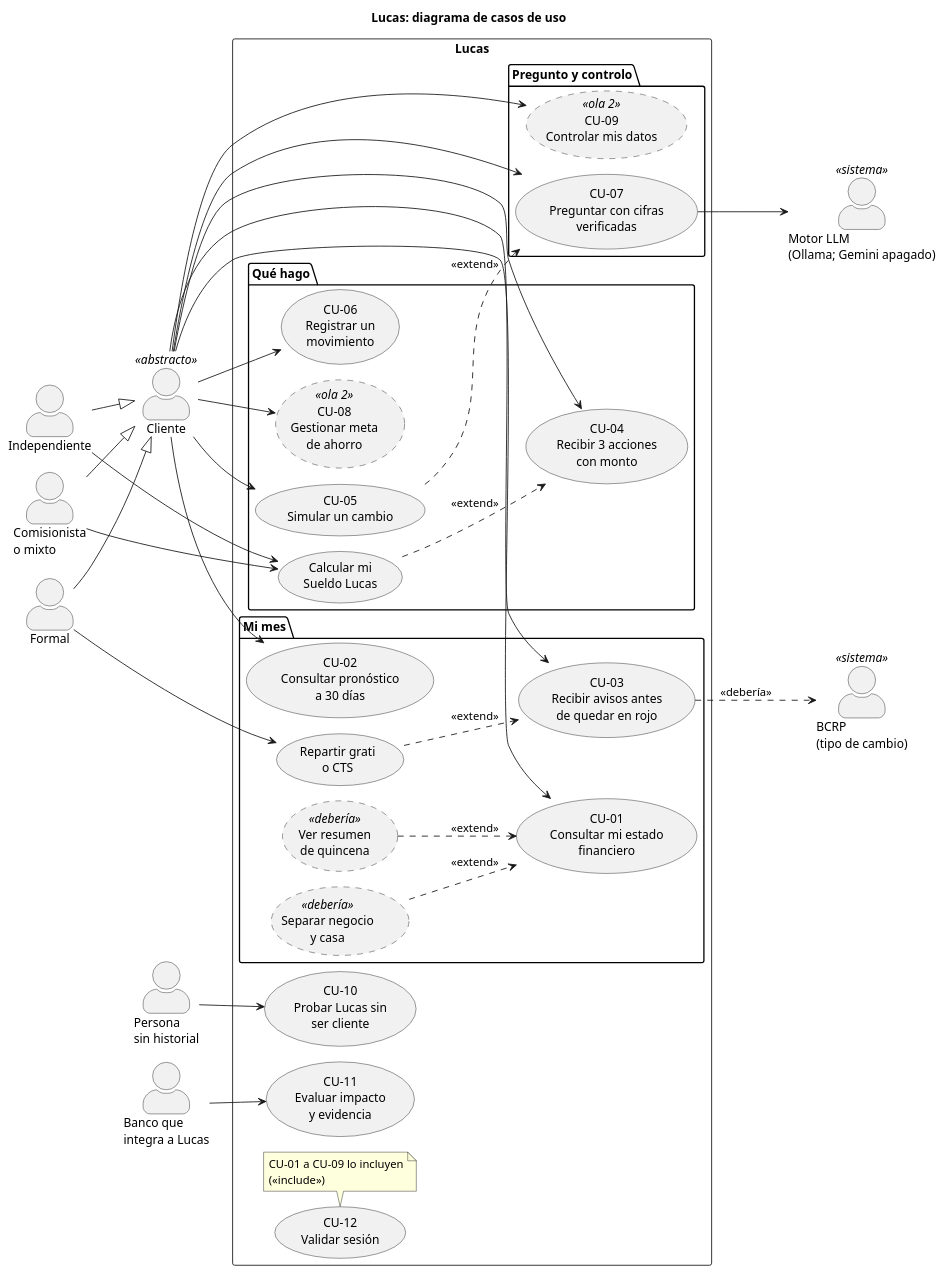
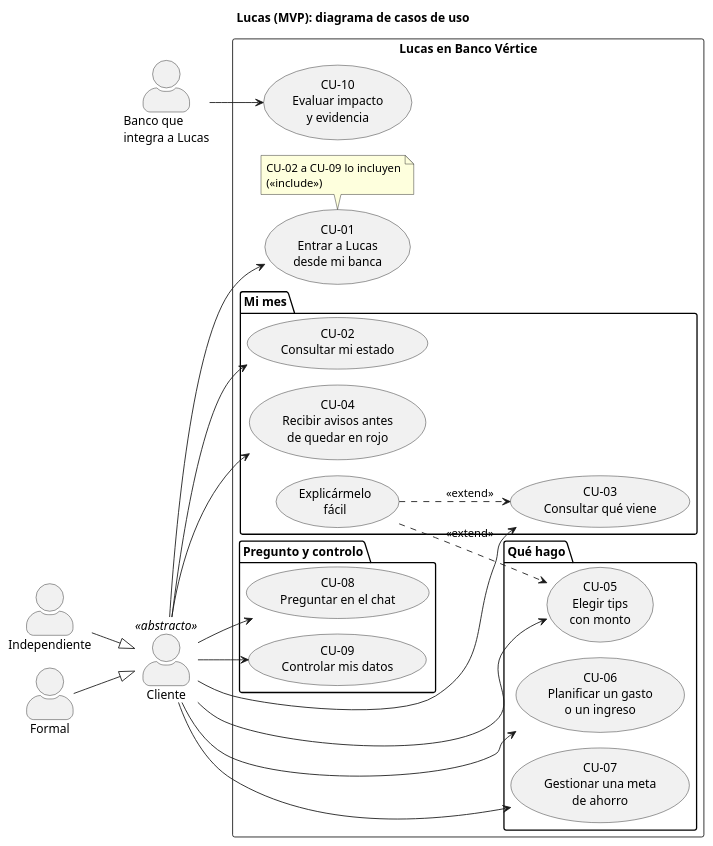
The diagram in docs/diagramas/casos-uso.puml (Nakusuo/Hackathon-BBVA-2026), drawn with PlantUML before and after one commit. The commit also changed 4 other files, not shown here.

First line of the commit message:
docs: historias, casos de uso y pruebas solo con lo que hace el MVP

```diff
--- a/docs/diagramas/casos-uso.puml
+++ b/docs/diagramas/casos-uso.puml
@@ -2,76 +2,51 @@
 @startuml casos-uso
 !pragma layout smetana
 left to right direction
 skinparam actorStyle awesome
-skinparam usecase {
-  BorderStyle<<debería>> dashed
-  BorderStyle<<ola 2>> dashed
-}
 
-title Lucas: diagrama de casos de uso
+title Lucas (MVP): diagrama de casos de uso
 
 actor "Cliente" as Cliente <<abstracto>>
 actor "Independiente" as Independiente
 actor "Formal" as Formal
-actor "Comisionista\no mixto" as Mixto
-actor "Persona\nsin historial" as Prospecto
 actor "Banco que\nintegra a Lucas" as Banco
 
 Independiente --|> Cliente
 Formal --|> Cliente
-Mixto --|> Cliente
 
-rectangle "Lucas" {
+rectangle "Lucas en Banco Vértice" {
+  usecase "CU-01\nEntrar a Lucas\ndesde mi banca" as CU01
+  note bottom of CU01 : CU-02 a CU-09 lo incluyen\n(<<include>>)
   package "Mi mes" {
-    usecase "CU-01\nConsultar mi estado\nfinanciero" as CU01
-    usecase "CU-02\nConsultar pronóstico\na 30 días" as CU02
-    usecase "CU-03\nRecibir avisos antes\nde quedar en rojo" as CU03
-    usecase "Repartir grati\no CTS" as EXT05
-    usecase "Ver resumen\nde quincena" as EXT22 <<debería>>
-    usecase "Separar negocio\ny casa" as EXT25 <<debería>>
+    usecase "CU-02\nConsultar mi estado" as CU02
+    usecase "CU-03\nConsultar qué viene" as CU03
+    usecase "CU-04\nRecibir avisos antes\nde quedar en rojo" as CU04
+    usecase "Explicármelo\nfácil" as EXP
   }
   package "Qué hago" {
-    usecase "CU-04\nRecibir 3 acciones\ncon monto" as CU04
-    usecase "Calcular mi\nSueldo Lucas" as EXT07
-    usecase "CU-05\nSimular un cambio" as CU05
-    usecase "CU-06\nRegistrar un\nmovimiento" as CU06
-    usecase "CU-08\nGestionar meta\nde ahorro" as CU08 <<ola 2>>
+    usecase "CU-05\nElegir tips\ncon monto" as CU05
+    usecase "CU-06\nPlanificar un gasto\no un ingreso" as CU06
+    usecase "CU-07\nGestionar una meta\nde ahorro" as CU07
   }
   package "Pregunto y controlo" {
-    usecase "CU-07\nPreguntar con cifras\nverificadas" as CU07
-    usecase "CU-09\nControlar mis datos" as CU09 <<ola 2>>
+    usecase "CU-08\nPreguntar en el chat" as CU08
+    usecase "CU-09\nControlar mis datos" as CU09
   }
-  usecase "CU-10\nProbar Lucas sin\nser cliente" as CU10
-  usecase "CU-11\nEvaluar impacto\ny evidencia" as CU11
-  usecase "CU-12\nValidar sesión" as CU12
-  note bottom of CU12 : CU-01 a CU-09 lo incluyen\n(<<include>>)
+  usecase "CU-10\nEvaluar impacto\ny evidencia" as CU10
 }
-
-actor "Motor LLM\n(Ollama; Gemini apagado)" as LLM <<sistema>>
-actor "BCRP\n(tipo de cambio)" as BCRP <<sistema>>
 
 Cliente --> CU01
 Cliente --> CU02
 Cliente --> CU03
 Cliente --> CU04
 Cliente --> CU05
 Cliente --> CU06
 Cliente --> CU07
 Cliente --> CU08
 Cliente --> CU09
-Formal --> EXT05
-Independiente --> EXT07
-Mixto --> EXT07
-Prospecto --> CU10
-Banco --> CU11
+Banco --> CU10
 
-CU07 --> LLM
-CU03 ..> BCRP : <<debería>>
-
-EXT05 ..> CU03 : <<extend>>
-EXT07 ..> CU04 : <<extend>>
-CU05 ..> CU07 : <<extend>>
-EXT22 ..> CU01 : <<extend>>
-EXT25 ..> CU01 : <<extend>>
+EXP ..> CU03 : <<extend>>
+EXP ..> CU05 : <<extend>>
 
 @enduml
```
